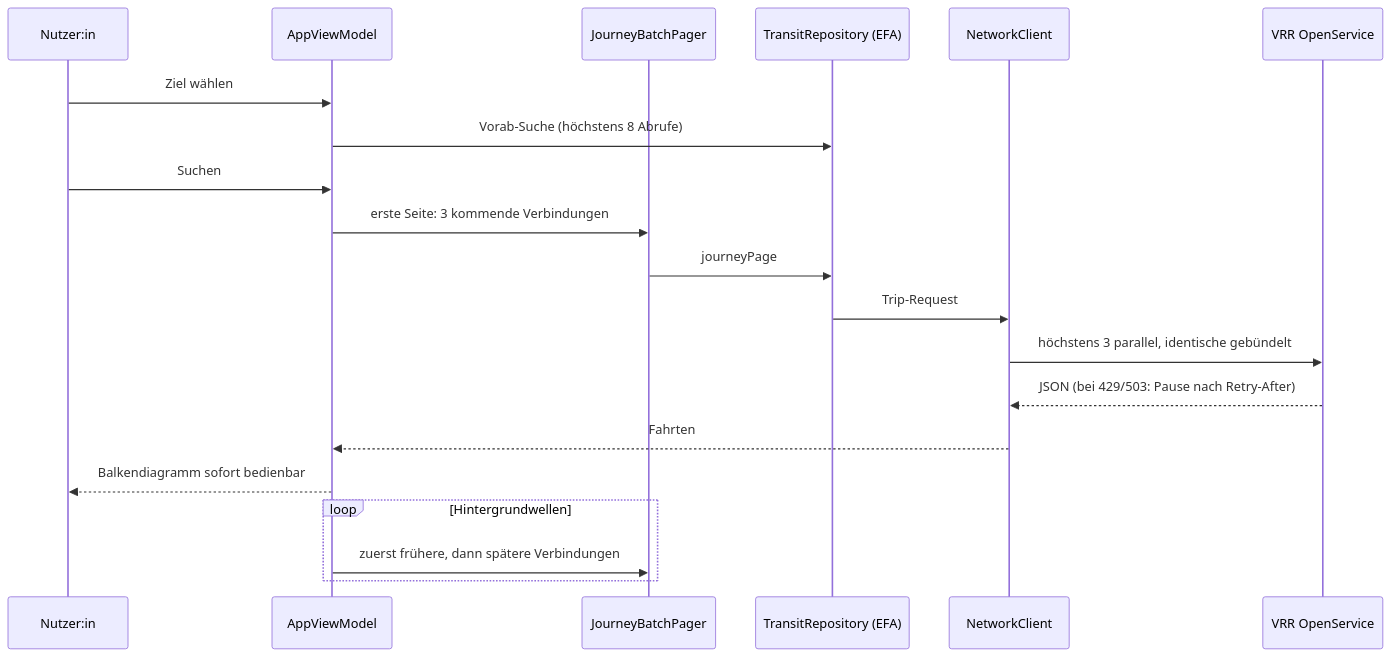
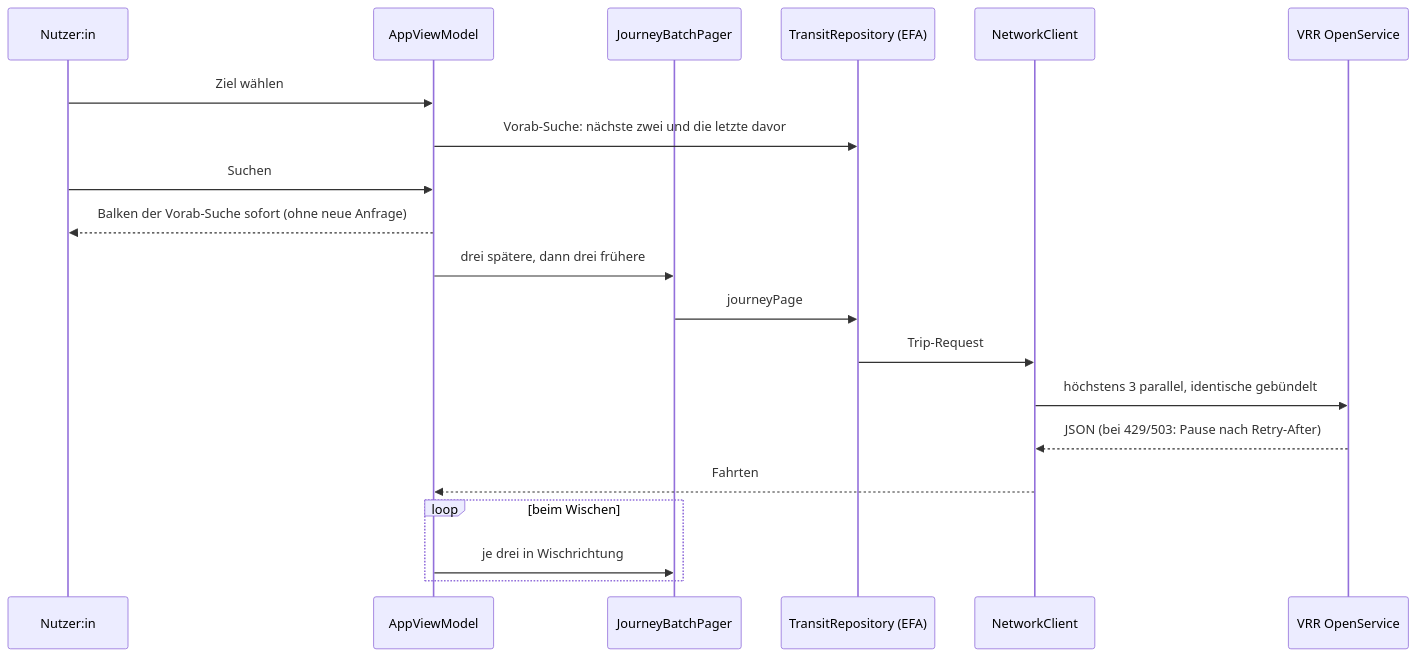
Before and after one commit to Ambivalenton/openv-release: the second of 2 diagrams in docs/architecture.md, drawn with Mermaid. The commit also changed other lines of this file and 15 other files, not shown here.

````diff
--- a/docs/architecture.md
+++ b/docs/architecture.md
@@ -47,22 +47,22 @@
 ```mermaid
 sequenceDiagram
     participant U as Nutzer:in
     participant VM as AppViewModel
     participant P as JourneyBatchPager
     participant R as TransitRepository (EFA)
     participant N as NetworkClient
     participant S as VRR OpenService
     U->>VM: Ziel wählen
-    VM->>R: Vorab-Suche (höchstens 8 Abrufe)
+    VM->>R: Vorab-Suche: nächste zwei und die letzte davor
     U->>VM: Suchen
-    VM->>P: erste Seite: 3 kommende Verbindungen
+    VM-->>U: Balken der Vorab-Suche sofort (ohne neue Anfrage)
+    VM->>P: drei spätere, dann drei frühere
     P->>R: journeyPage
     R->>N: Trip-Request
     N->>S: höchstens 3 parallel, identische gebündelt
     S-->>N: JSON (bei 429/503: Pause nach Retry-After)
     N-->>VM: Fahrten
-    VM-->>U: Balkendiagramm sofort bedienbar
-    loop Hintergrundwellen
-        VM->>P: zuerst frühere, dann spätere Verbindungen
+    loop beim Wischen
+        VM->>P: je drei in Wischrichtung
     end
 ```
````
